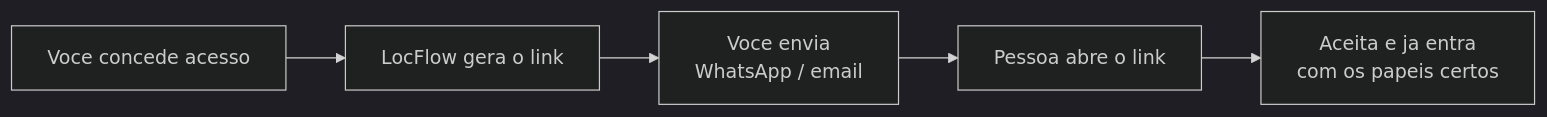
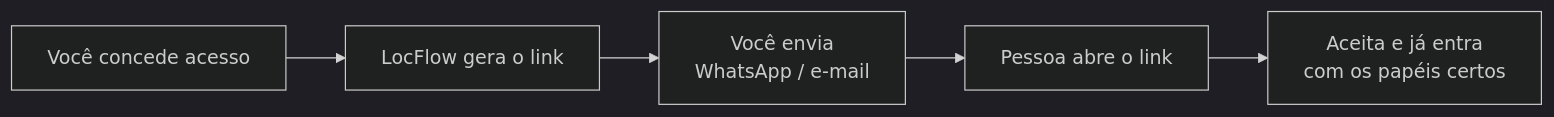
The second of 2 diagrams in configuracoes/colaboradores-e-acessos.md (LocFlowTeam/locflow-docs), drawn with Mermaid (dark theme) before and after one commit. The commit also changed other lines of this file and 26 other files, not shown here.

````diff
--- a/configuracoes/colaboradores-e-acessos.md
+++ b/configuracoes/colaboradores-e-acessos.md
@@ -69,7 +72,7 @@
 ```mermaid
 flowchart LR
-    A[Voce concede acesso] --> B[LocFlow gera o link]
-    B --> C[Voce envia<br/>WhatsApp / email]
+    A[Você concede acesso] --> B[LocFlow gera o link]
+    B --> C[Você envia<br/>WhatsApp / e-mail]
     C --> D[Pessoa abre o link]
-    D --> E[Aceita e ja entra<br/>com os papeis certos]
+    D --> E[Aceita e já entra<br/>com os papéis certos]
 ```
````
